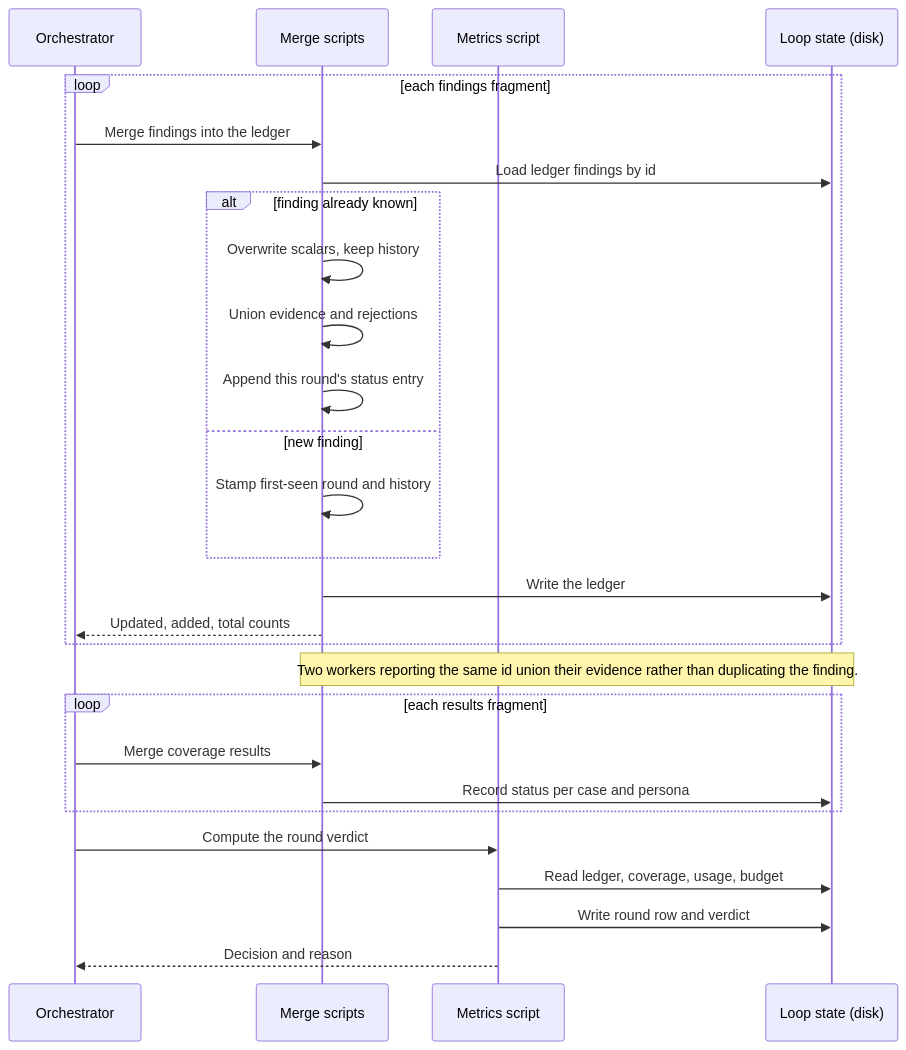
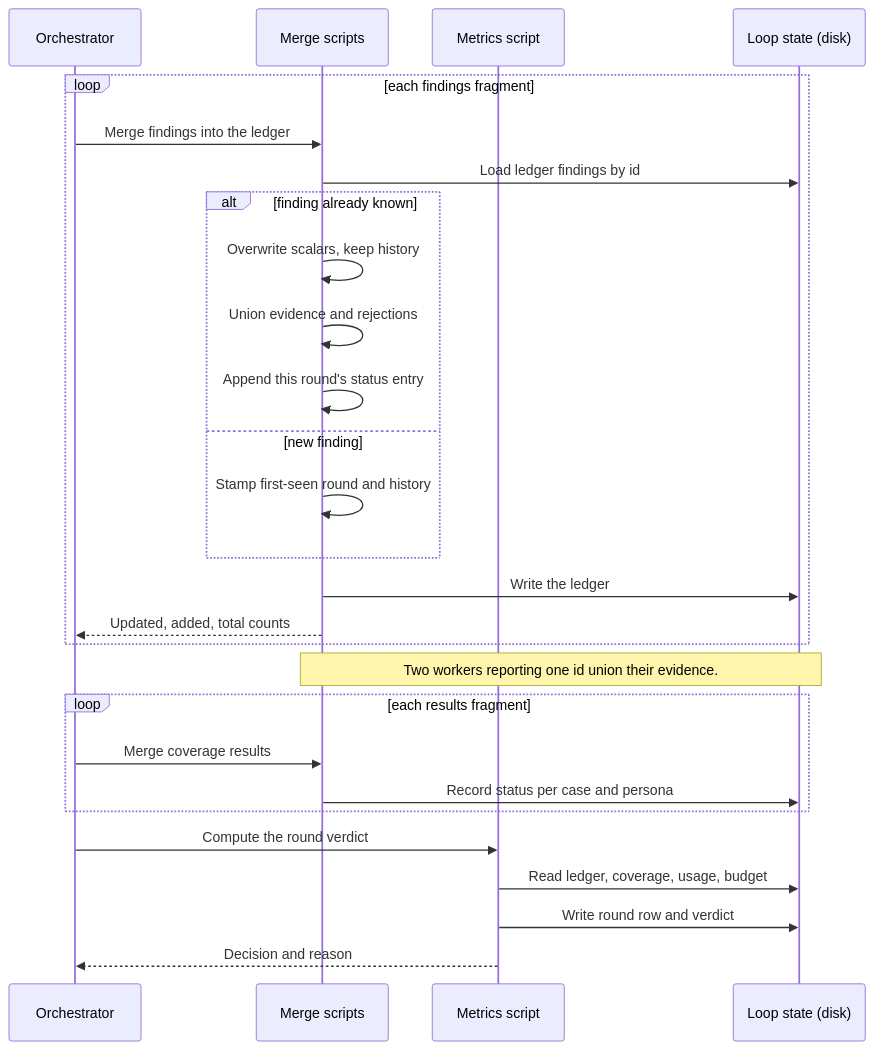
One commit to peterlit/quiller-claude-plugins changed diagram 14 of 33 in docs/architecture/qa-loop-tools.md. Above: the diagram before and after it, drawn with Mermaid. The commit also changed other lines of this file and 5 other files, not shown here.

````diff
--- a/docs/architecture/qa-loop-tools.md
+++ b/docs/architecture/qa-loop-tools.md
@@ -439,29 +683,29 @@
 ```mermaid
 sequenceDiagram
     participant O as Orchestrator
     participant M as Merge scripts
     participant MT as Metrics script
     participant L as Loop state (disk)
     loop each findings fragment
         O->>M: Merge findings into the ledger
         M->>L: Load ledger findings by id
         alt finding already known
             M->>M: Overwrite scalars, keep history
             M->>M: Union evidence and rejections
             M->>M: Append this round's status entry
         else new finding
             M->>M: Stamp first-seen round and history
         end
         M->>L: Write the ledger
         M-->>O: Updated, added, total counts
     end
-    Note over M,L: Two workers reporting the same id union their evidence rather than duplicating the finding.
+    Note over M,L: Two workers reporting one id union their evidence.
     loop each results fragment
         O->>M: Merge coverage results
         M->>L: Record status per case and persona
     end
     O->>MT: Compute the round verdict
     MT->>L: Read ledger, coverage, usage, budget
     MT->>L: Write round row and verdict
     MT-->>O: Decision and reason
 ```
````
